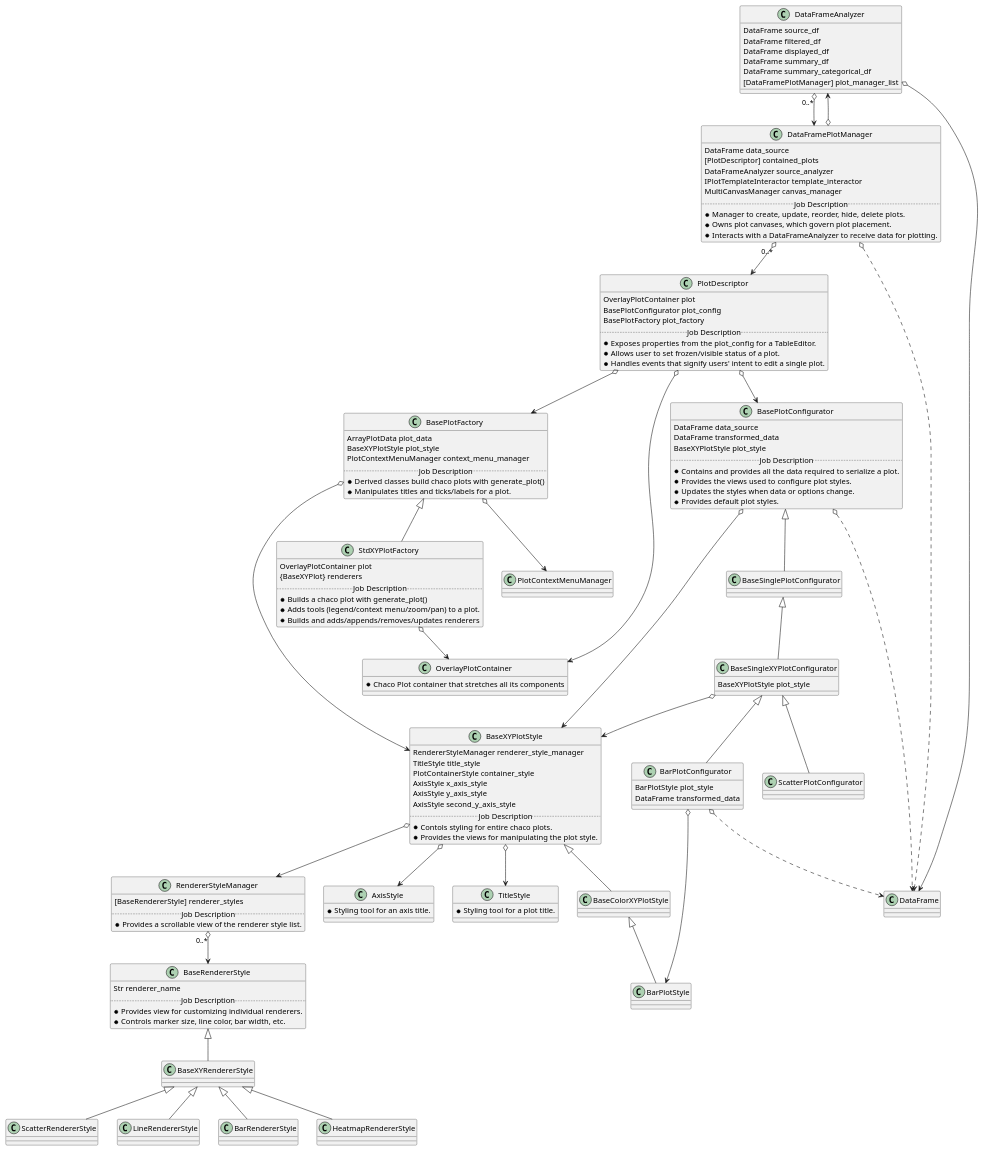
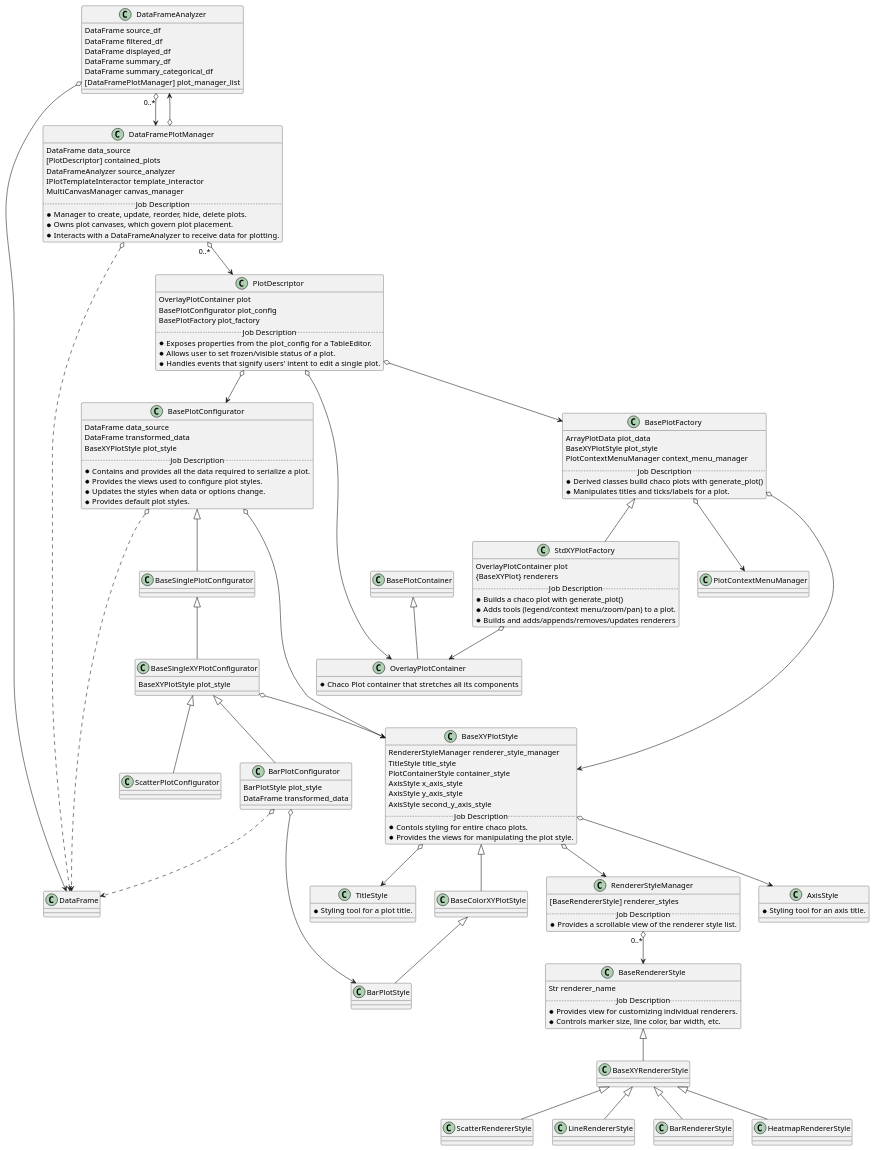
Before and after one commit to KBIbiopharma/pybleau: the diagram in pybleau_plotting.puml, drawn with PlantUML. The commit also changed 1 other file, not shown here.

```diff
--- a/pybleau_plotting.puml
+++ b/pybleau_plotting.puml
@@ -1,140 +1,141 @@
 @startuml
 
 'class DataElement
 'DataElement <|-- DataFramePlotManager
 'DataElement <|-- DataFrameAnalyzer
 class DataFrameAnalyzer {
     DataFrame source_df
     DataFrame filtered_df
     DataFrame displayed_df
     DataFrame summary_df
     DataFrame summary_categorical_df
     [DataFramePlotManager] plot_manager_list
 }
 DataFrameAnalyzer o--> DataFrame
 DataFrameAnalyzer "0..*" o--> DataFramePlotManager
 
 class DataFramePlotManager {
     DataFrame data_source
     [PlotDescriptor] contained_plots
     DataFrameAnalyzer source_analyzer
     IPlotTemplateInteractor template_interactor
     MultiCanvasManager canvas_manager
     ..Job Description..
     * Manager to create, update, reorder, hide, delete plots.
     * Owns plot canvases, which govern plot placement.
     * Interacts with a DataFrameAnalyzer to receive data for plotting.
 }
 DataFramePlotManager "0..*" o--> PlotDescriptor
 DataFramePlotManager o..> DataFrame
 DataFramePlotManager o--> DataFrameAnalyzer
 
 class BasePlotFactory {
     ArrayPlotData plot_data
     BaseXYPlotStyle plot_style
     PlotContextMenuManager context_menu_manager
     ..Job Description..
     * Derived classes build chaco plots with generate_plot()
     * Manipulates titles and ticks/labels for a plot.
 }
 BasePlotFactory o--> BaseXYPlotStyle
 BasePlotFactory o--> PlotContextMenuManager
 
 class StdXYPlotFactory {
     OverlayPlotContainer plot
     {BaseXYPlot} renderers
     ..Job Description..
     * Builds a chaco plot with generate_plot()
     * Adds tools (legend/context menu/zoom/pan) to a plot.
     * Builds and adds/appends/removes/updates renderers
 }
 BasePlotFactory <|-- StdXYPlotFactory
 StdXYPlotFactory o--> OverlayPlotContainer
+BasePlotContainer <|-- OverlayPlotContainer
 OverlayPlotContainer : * Chaco Plot container that stretches all its components
 
 class BaseXYPlotStyle {
     RendererStyleManager renderer_style_manager
     TitleStyle title_style
     PlotContainerStyle container_style
     AxisStyle x_axis_style
     AxisStyle y_axis_style
     AxisStyle second_y_axis_style
     ..Job Description..
     * Contols styling for entire chaco plots.
     * Provides the views for manipulating the plot style.
 }
 BaseXYPlotStyle o--> RendererStyleManager
 BaseXYPlotStyle o--> AxisStyle
 BaseXYPlotStyle o--> TitleStyle
 BaseXYPlotStyle <|-- BaseColorXYPlotStyle
 BaseColorXYPlotStyle <|-- BarPlotStyle
 
 TitleStyle : * Styling tool for a plot title.
 AxisStyle : * Styling tool for an axis title.
 
 class RendererStyleManager {
     [BaseRendererStyle] renderer_styles
     ..Job Description..
     * Provides a scrollable view of the renderer style list.
 }
 RendererStyleManager "0..*" o--> BaseRendererStyle
 
 class BaseRendererStyle {
     Str renderer_name
     ..Job Description..
     * Provides view for customizing individual renderers.
     * Controls marker size, line color, bar width, etc.
 }
 BaseRendererStyle <|-- BaseXYRendererStyle
 BaseXYRendererStyle <|-- ScatterRendererStyle
 BaseXYRendererStyle <|-- LineRendererStyle
 BaseXYRendererStyle <|-- BarRendererStyle
 BaseXYRendererStyle <|-- HeatmapRendererStyle
 
 
 class PlotDescriptor {
     OverlayPlotContainer plot
     BasePlotConfigurator plot_config
     BasePlotFactory plot_factory
     ..Job Description..
     * Exposes properties from the plot_config for a TableEditor.
     * Allows user to set frozen/visible status of a plot.
     * Handles events that signify users' intent to edit a single plot.
 }
 PlotDescriptor o--> OverlayPlotContainer
 PlotDescriptor o--> BasePlotConfigurator
 PlotDescriptor o--> BasePlotFactory
 
 
 class BasePlotConfigurator {
     DataFrame data_source
     DataFrame transformed_data
     BaseXYPlotStyle plot_style
     ..Job Description..
     * Contains and provides all the data required to serialize a plot.
     * Provides the views used to configure plot styles.
     * Updates the styles when data or options change.
     * Provides default plot styles.
 }
 BasePlotConfigurator o..> DataFrame
 BasePlotConfigurator o--> BaseXYPlotStyle
 
 class BaseSingleXYPlotConfigurator {
     BaseXYPlotStyle plot_style
 }
 BaseSingleXYPlotConfigurator o--> BaseXYPlotStyle
 
 class BarPlotConfigurator {
     BarPlotStyle plot_style
     DataFrame transformed_data
 }
 BarPlotConfigurator o..> DataFrame
 BarPlotConfigurator o--> BarPlotStyle
 
 class ScatterPlotConfigurator
 BasePlotConfigurator <|-- BaseSinglePlotConfigurator
 BaseSinglePlotConfigurator <|-- BaseSingleXYPlotConfigurator
 BaseSingleXYPlotConfigurator <|-- BarPlotConfigurator
 BaseSingleXYPlotConfigurator <|-- ScatterPlotConfigurator
 
 @enduml
```
